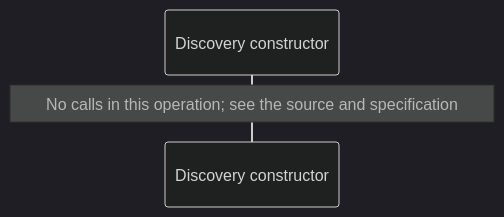
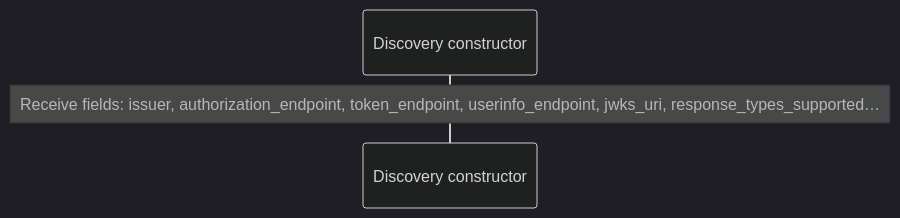
The third of 5 diagrams in docs/examples/oidc-login/provider/discovery-diagrams.md (GreenPandaStudios/augscript), drawn with Mermaid (dark theme) before and after one commit. The commit also changed other lines of this file and 289 other files, not shown here.

Commit message:
Correct diagram control flow and complete generated wiki navigation

````diff
--- a/docs/examples/oidc-login/provider/discovery-diagrams.md
+++ b/docs/examples/oidc-login/provider/discovery-diagrams.md
@@ -67,6 +67,6 @@
 ```mermaid
 sequenceDiagram
     participant p0 as Discovery constructor
 
-    Note over p0: No calls in this operation#59; see the source and specification
+    Note over p0: Receive fields: issuer, authorization_endpoint, token_endpoint, userinfo_endpoint, jwks_uri, response_types_supported…
 ```
````
